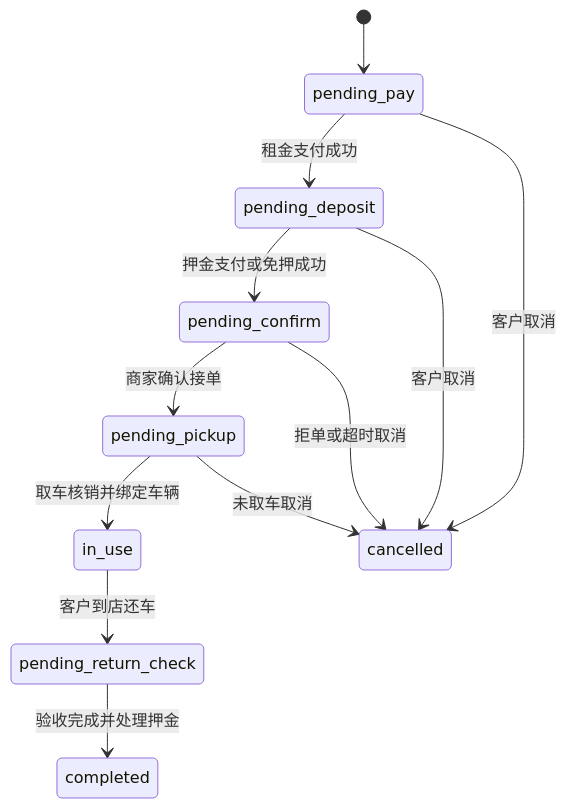
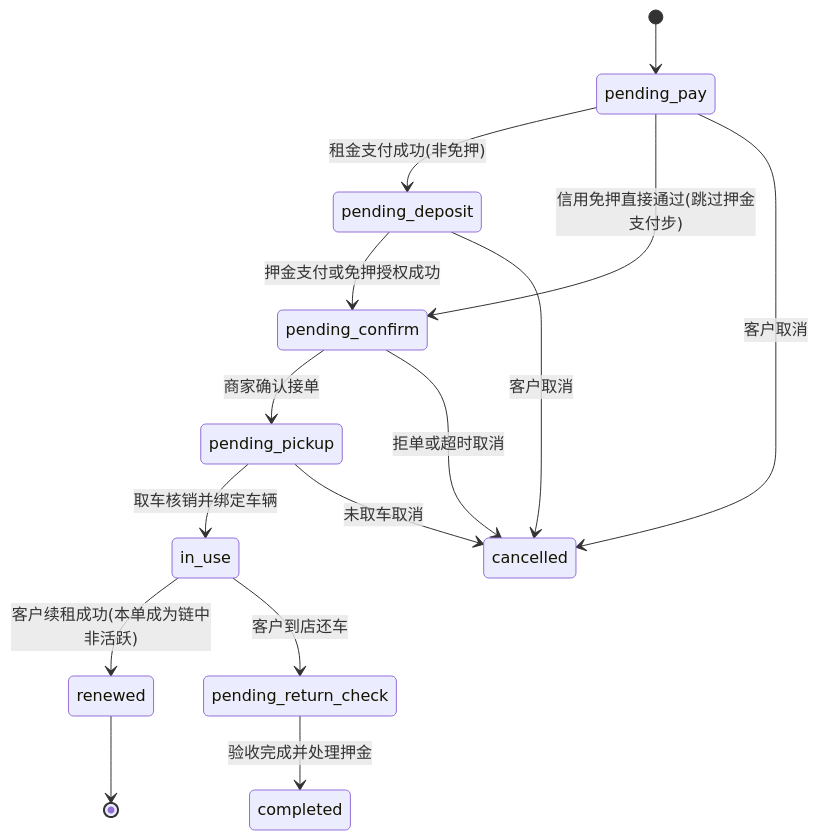
Before and after one commit to joezjyan-bot/mandian-prd: the diagram in PRD/V0.2/modules/短租业务/05_体验租数据模型与状态机.md, drawn with Mermaid. The commit also changed other lines of this file, not shown here.

````diff
--- a/PRD/V0.2/modules/短租业务/05_体验租数据模型与状态机.md
+++ b/PRD/V0.2/modules/短租业务/05_体验租数据模型与状态机.md
@@ -54,14 +63,17 @@
 ```mermaid
 stateDiagram-v2
     [*] --> pending_pay
-    pending_pay --> pending_deposit: 租金支付成功
-    pending_deposit --> pending_confirm: 押金支付或免押成功
+    pending_pay --> pending_deposit: 租金支付成功(非免押)
+    pending_pay --> pending_confirm: 信用免押直接通过(跳过押金支付步)
+    pending_deposit --> pending_confirm: 押金支付或免押授权成功
     pending_confirm --> pending_pickup: 商家确认接单
     pending_confirm --> cancelled: 拒单或超时取消
     pending_pickup --> in_use: 取车核销并绑定车辆
     pending_pickup --> cancelled: 未取车取消
+    in_use --> renewed: 客户续租成功(本单成为链中非活跃)
     in_use --> pending_return_check: 客户到店还车
+    renewed --> [*]
     pending_return_check --> completed: 验收完成并处理押金
     pending_pay --> cancelled: 客户取消
     pending_deposit --> cancelled: 客户取消
 ```
````
